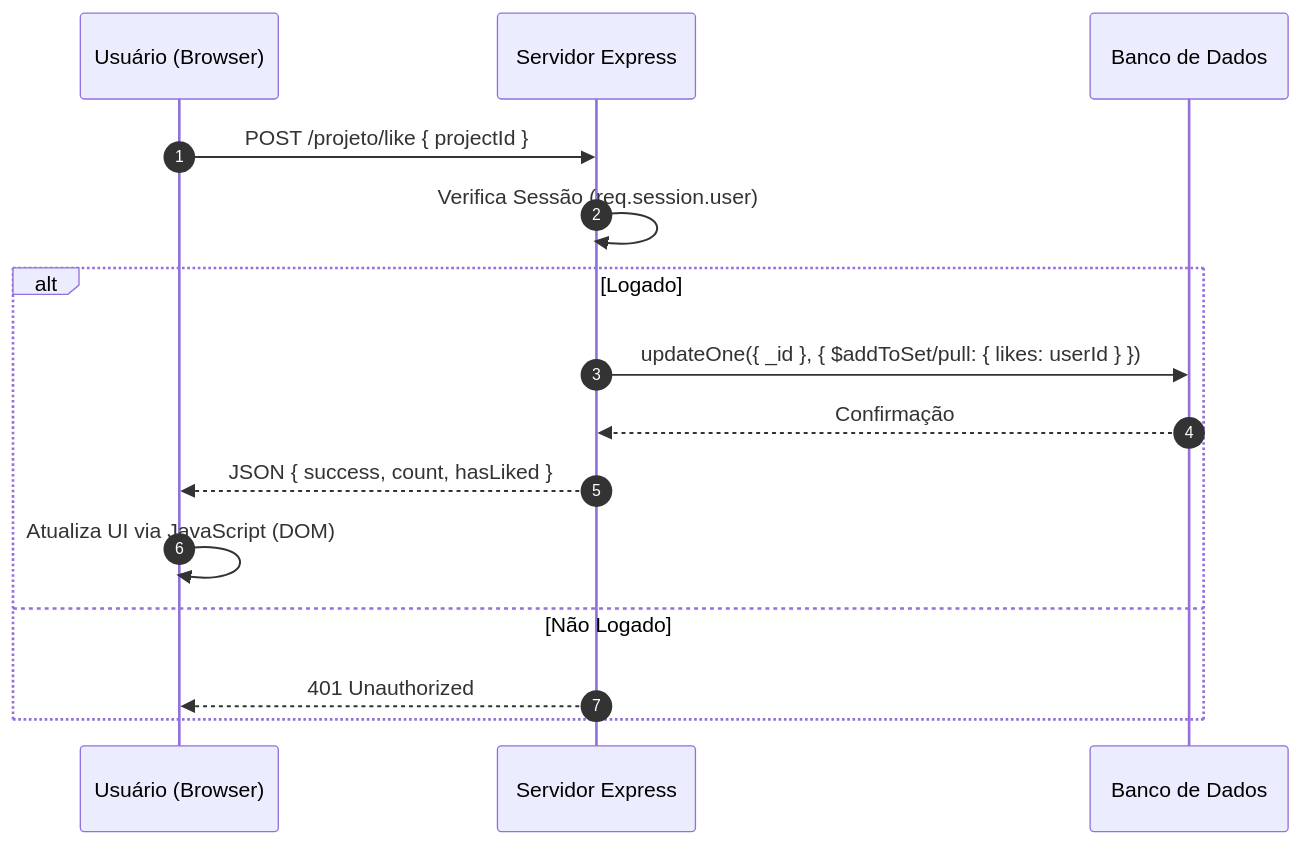
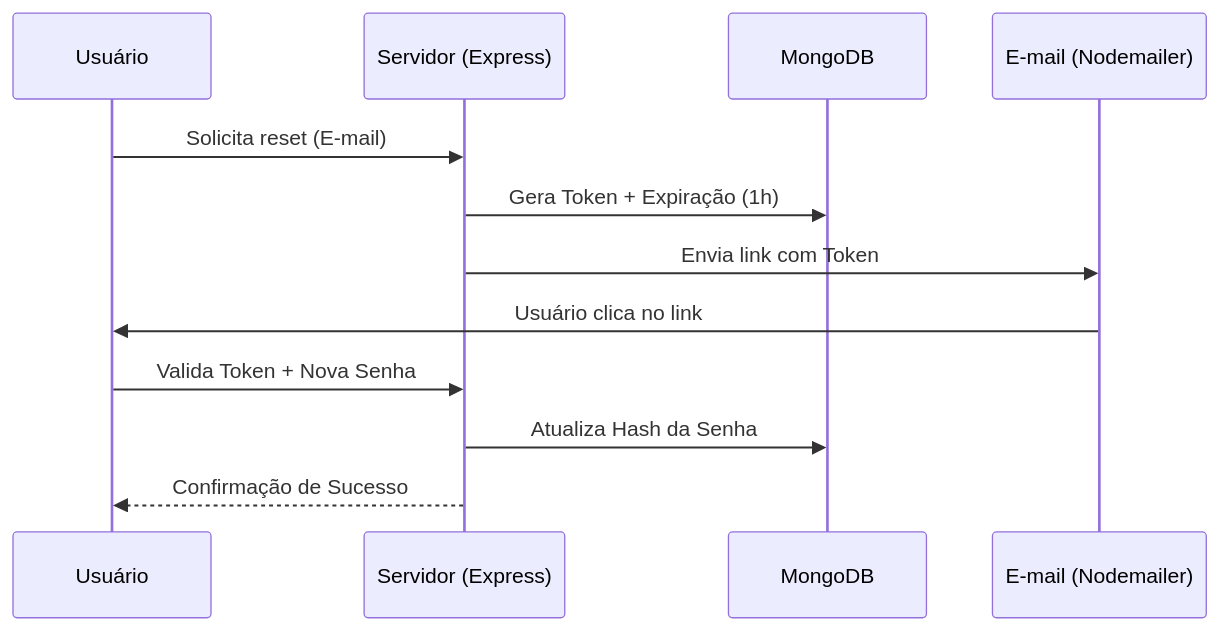
The diagram in docs/prd/teste.md (Eman-coder00/TesteimpactaMaisIA), drawn with Mermaid before and after one commit. The commit also changed other lines of this file, not shown here.

Commit message:
docs: atualiza documentação técnica com novas funcionalidades

````diff
--- a/docs/prd/teste.md
+++ b/docs/prd/teste.md
@@ -30,18 +74,15 @@
 ```mermaid
 sequenceDiagram
-  autonumber
-  participant User as Usuário (Browser)
-  participant Express as Servidor Express
-  participant MongoDB as Banco de Dados
+  participant U as Usuário
+  participant S as Servidor (Express)
+  participant DB as MongoDB
+  participant E as E-mail (Nodemailer)
 
-  User->>Express: POST /projeto/like { projectId }
-  Express->>Express: Verifica Sessão (req.session.user)
-  alt Logado
-    Express->>MongoDB: updateOne({ _id }, { $addToSet/pull: { likes: userId } })
-    MongoDB-->>Express: Confirmação
-    Express-->>User: JSON { success, count, hasLiked }
-    User->>User: Atualiza UI via JavaScript (DOM)
-  else Não Logado
-    Express-->>User: 401 Unauthorized
-  end
+  U->>S: Solicita reset (E-mail)
+  S->>DB: Gera Token + Expiração (1h)
+  S->>E: Envia link com Token
+  E->>U: Usuário clica no link
+  U->>S: Valida Token + Nova Senha
+  S->>DB: Atualiza Hash da Senha
+  S-->>U: Confirmação de Sucesso
 ```
````
